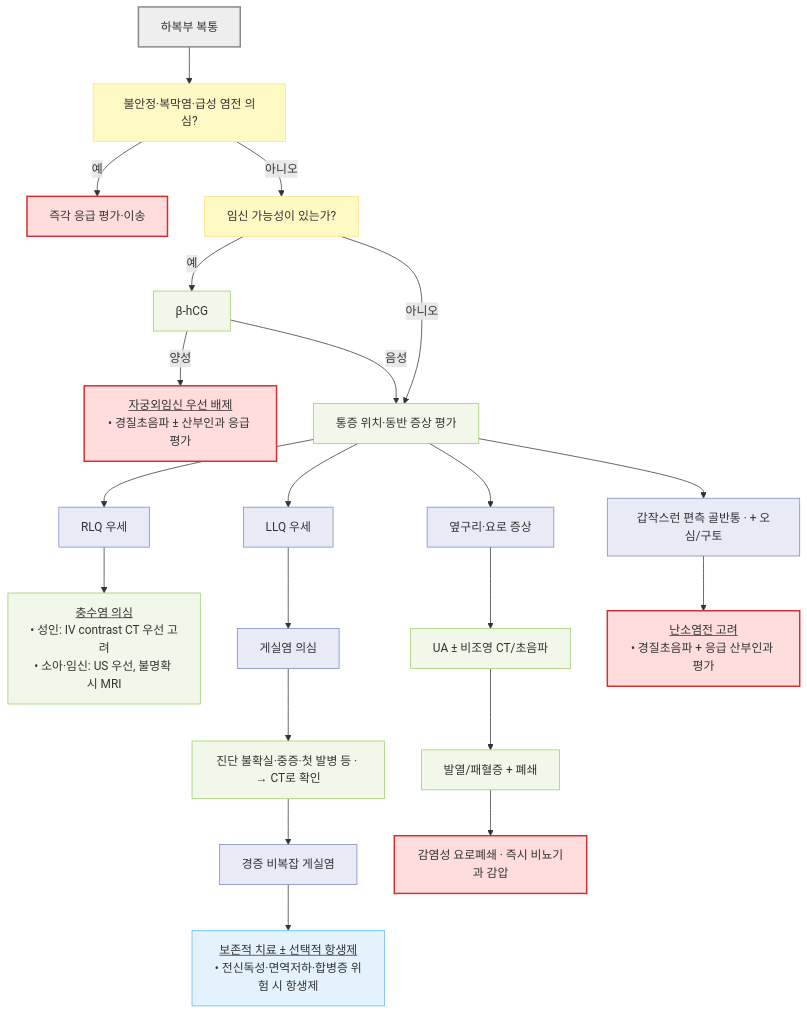
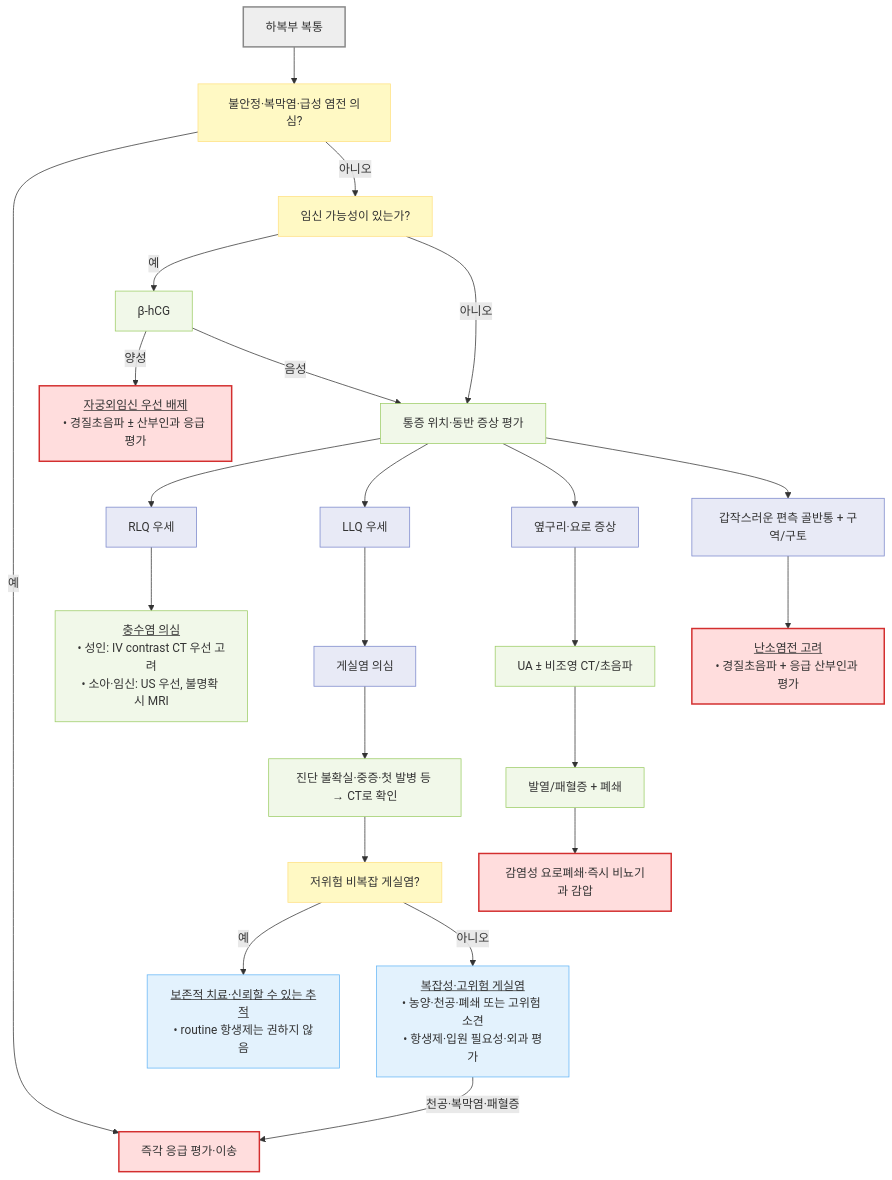
One commit to familyoh77/familyoh77 changed the second of 3 diagrams in 220_/003_-abdominal-pain.md. Above: the diagram before and after it, drawn with Mermaid. The commit also changed other lines of this file, not shown here.

````diff
--- a/220_/003_-abdominal-pain.md
+++ b/220_/003_-abdominal-pain.md
@@ -253,36 +277,38 @@
 ```mermaid
 flowchart TD
     A["하복부 복통"] --> U["불안정·복막염·급성 염전 의심?"]
     U -- "예" --> V["즉각 응급 평가·이송"]
     U -- "아니오" --> B["임신 가능성이 있는가?"]
     B -- "예" --> C["β-hCG"]
     C -- "양성" --> E["<u>자궁외임신 우선 배제</u><br/>• 경질초음파 ± 산부인과 응급 평가"]
     C -- "음성" --> G
     B -- "아니오" --> G["통증 위치·동반 증상 평가"]
     G --> H["RLQ 우세"]
     H --> I["<u>충수염 의심</u><br/>• 성인: IV contrast CT 우선 고려<br/>• 소아·임신: US 우선, 불명확 시 MRI"]
     G --> J["LLQ 우세"]
     J --> K["게실염 의심"]
-    K --> L["진단 불확실·중증·첫 발병 등 · → CT로 확인"]
-    L --> M["경증 비복잡 게실염"]
-    M --> N["<u>보존적 치료 ± 선택적 항생제</u><br/>• 전신독성·면역저하·합병증 위험 시 항생제"]
+    K --> L["진단 불확실·중증·첫 발병 등 → CT로 확인"]
+    L --> M["저위험 비복잡 게실염?"]
+    M -- "예" --> N["<u>보존적 치료·신뢰할 수 있는 추적</u><br/>• routine 항생제는 권하지 않음"]
+    M -- "아니오" --> W["<u>복잡성·고위험 게실염</u><br/>• 농양·천공·폐쇄 또는 고위험 소견<br/>• 항생제·입원 필요성·외과 평가"]
+    W -- "천공·복막염·패혈증" --> V
     G --> O["옆구리·요로 증상"]
     O --> P["UA ± 비조영 CT/초음파"]
     P --> Q["발열/패혈증 + 폐쇄"]
-    Q --> R["감염성 요로폐쇄 · 즉시 비뇨기과 감압"]
-    G --> S["갑작스런 편측 골반통 · + 오심/구토"]
+    Q --> R["감염성 요로폐쇄·즉시 비뇨기과 감압"]
+    G --> S["갑작스러운 편측 골반통 + 구역/구토"]
     S --> T["<u>난소염전 고려</u><br/>• 경질초음파 + 응급 산부인과 평가"]
 
     classDef start fill:#eeeeee,stroke:#888888,stroke-width:2px
     classDef question fill:#fff9c4,stroke:#ffe082
     classDef emergency fill:#ffdddd,stroke:#d32f2f,stroke-width:2px
     classDef evaluation fill:#f1f8e9,stroke:#9ccc65
     classDef treatment fill:#e3f2fd,stroke:#64b5f6
     classDef followup fill:#e8eaf6,stroke:#7986cb
     class A start
-    class U,B question
+    class U,B,M question
     class V,E,R,T emergency
     class C,G,I,L,P,Q evaluation
-    class N treatment
-    class H,J,K,M,O,S followup
+    class N,W treatment
+    class H,J,K,O,S followup
 ```
````
